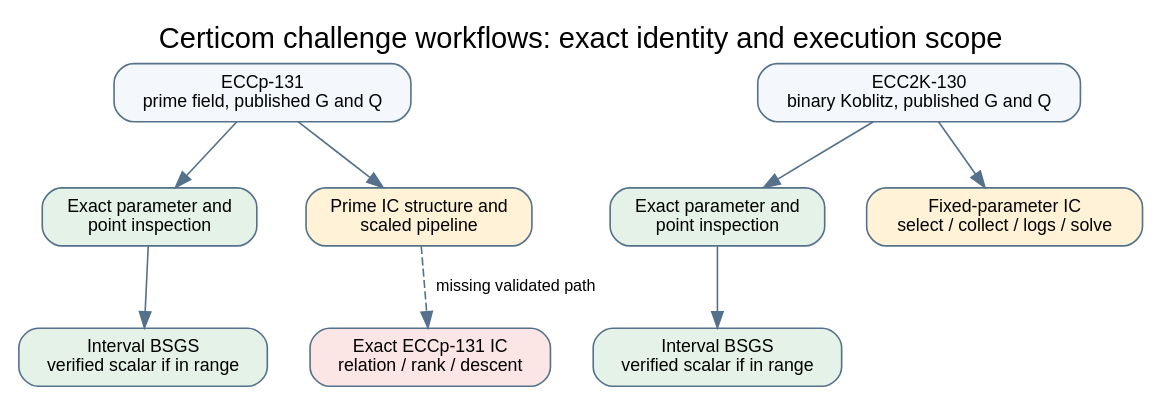
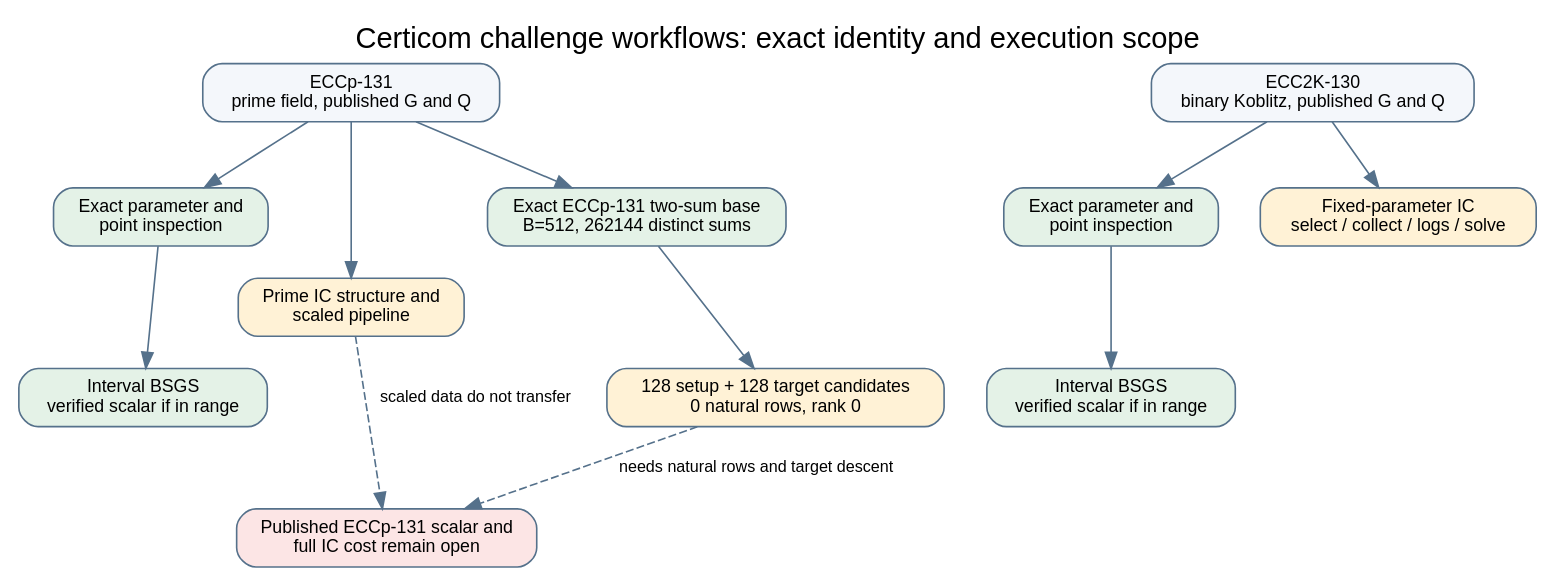
Before and after one commit to isogeny-labs/crypto: the diagram in research/eccp131_bsgs_ic_20261020/workflow.dot, drawn with Graphviz. The commit also changed 13 other files, not shown here.

Commit message:
Record exact ECCp-131 two-sum rank and descent probe

```diff
--- a/research/eccp131_bsgs_ic_20261020/workflow.dot
+++ b/research/eccp131_bsgs_ic_20261020/workflow.dot
@@ -1,24 +1,28 @@
 digraph ecc130_workflows {
   graph [label="Certicom challenge workflows: exact identity and execution scope", labelloc=t,
          fontname="Helvetica", fontsize=18, ranksep=0.55, nodesep=0.36];
   node [shape=box, style="rounded,filled", fillcolor="#f4f7fb", color="#55718b",
         fontname="Helvetica", fontsize=11];
   edge [color="#55718b", fontname="Helvetica", fontsize=10];
 
   p [label="ECCp-131\nprime field, published G and Q"];
   b [label="ECC2K-130\nbinary Koblitz, published G and Q"];
   pi [label="Exact parameter and\npoint inspection", fillcolor="#e4f2e7"];
   bi [label="Exact parameter and\npoint inspection", fillcolor="#e4f2e7"];
   pb [label="Interval BSGS\nverified scalar if in range", fillcolor="#e4f2e7"];
   bb [label="Interval BSGS\nverified scalar if in range", fillcolor="#e4f2e7"];
   ps [label="Prime IC structure and\nscaled pipeline", fillcolor="#fff2d6"];
+  pe [label="Exact ECCp-131 two-sum base\nB=512, 262144 distinct sums", fillcolor="#e4f2e7"];
+  pr [label="128 setup + 128 target candidates\n0 natural rows, rank 0", fillcolor="#fff2d6"];
   bf [label="Fixed-parameter IC\nselect / collect / logs / solve", fillcolor="#fff2d6"];
-  pg [label="Exact ECCp-131 IC\nrelation / rank / descent", fillcolor="#fce5e5"];
+  pg [label="Published ECCp-131 scalar and\nfull IC cost remain open", fillcolor="#fce5e5"];
 
   p -> pi -> pb;
   p -> ps;
-  ps -> pg [style=dashed, label="missing validated path"];
+  p -> pe -> pr;
+  pr -> pg [style=dashed, label="needs natural rows and target descent"];
+  ps -> pg [style=dashed, label="scaled data do not transfer"];
   b -> bi -> bb;
   b -> bf;
 
 }
```
